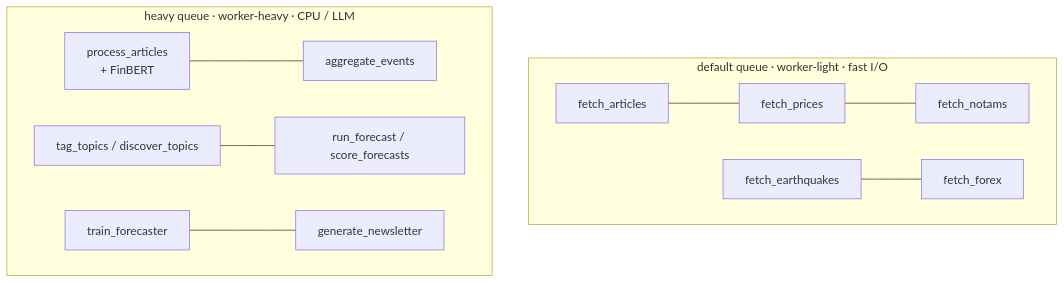
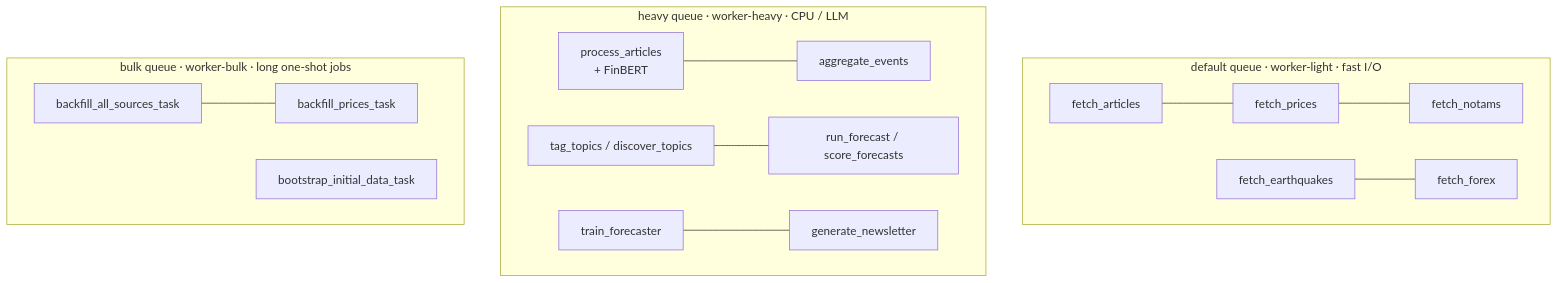
Before and after one commit to jameelhamdan/event-horizon: the second of 3 diagrams in docs/architecture.md, drawn with Mermaid. The commit also changed other lines of this file and 28 other files, not shown here.

First line of the commit message:
Refactor task queue, LLM providers, and batching; rewrite docs

````diff
--- a/docs/architecture.md
+++ b/docs/architecture.md
@@ -76,12 +80,16 @@
 ```mermaid
 flowchart TB
     subgraph DEFAULT["default queue · worker-light · fast I/O"]
         D1[fetch_articles] --- D2[fetch_prices] --- D3[fetch_notams]
         D4[fetch_earthquakes] --- D5[fetch_forex]
     end
     subgraph HEAVY["heavy queue · worker-heavy · CPU / LLM"]
         H1[process_articles<br/>+ FinBERT] --- H2[aggregate_events]
         H3[tag_topics / discover_topics] --- H4[run_forecast / score_forecasts]
         H5[train_forecaster] --- H6[generate_newsletter]
     end
+    subgraph BULK["bulk queue · worker-bulk · long one-shot jobs"]
+        B1[backfill_all_sources_task] --- B2[backfill_prices_task]
+        B3[bootstrap_initial_data_task]
+    end
 ```
````
